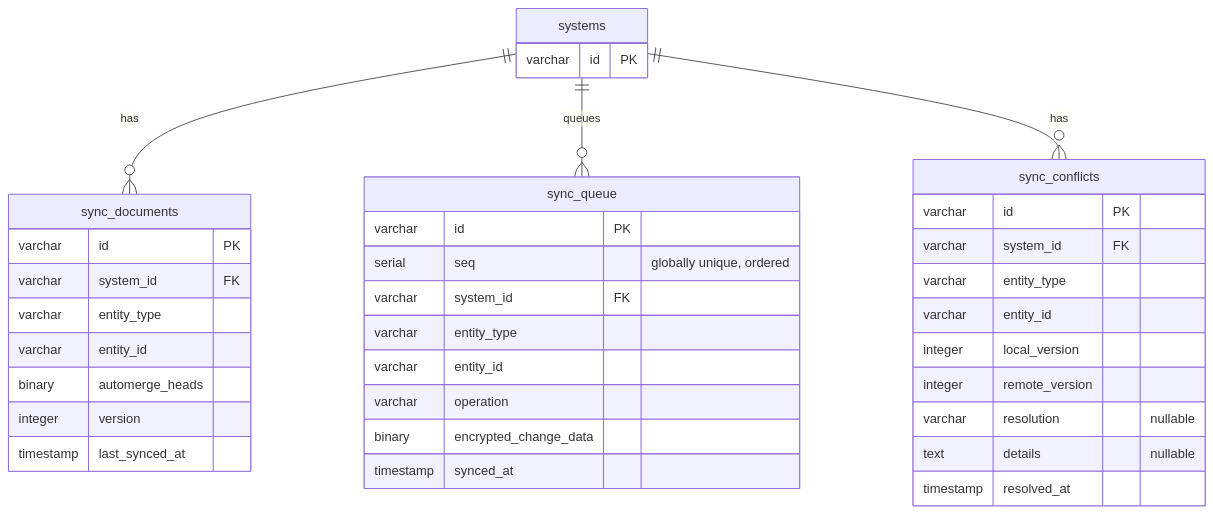
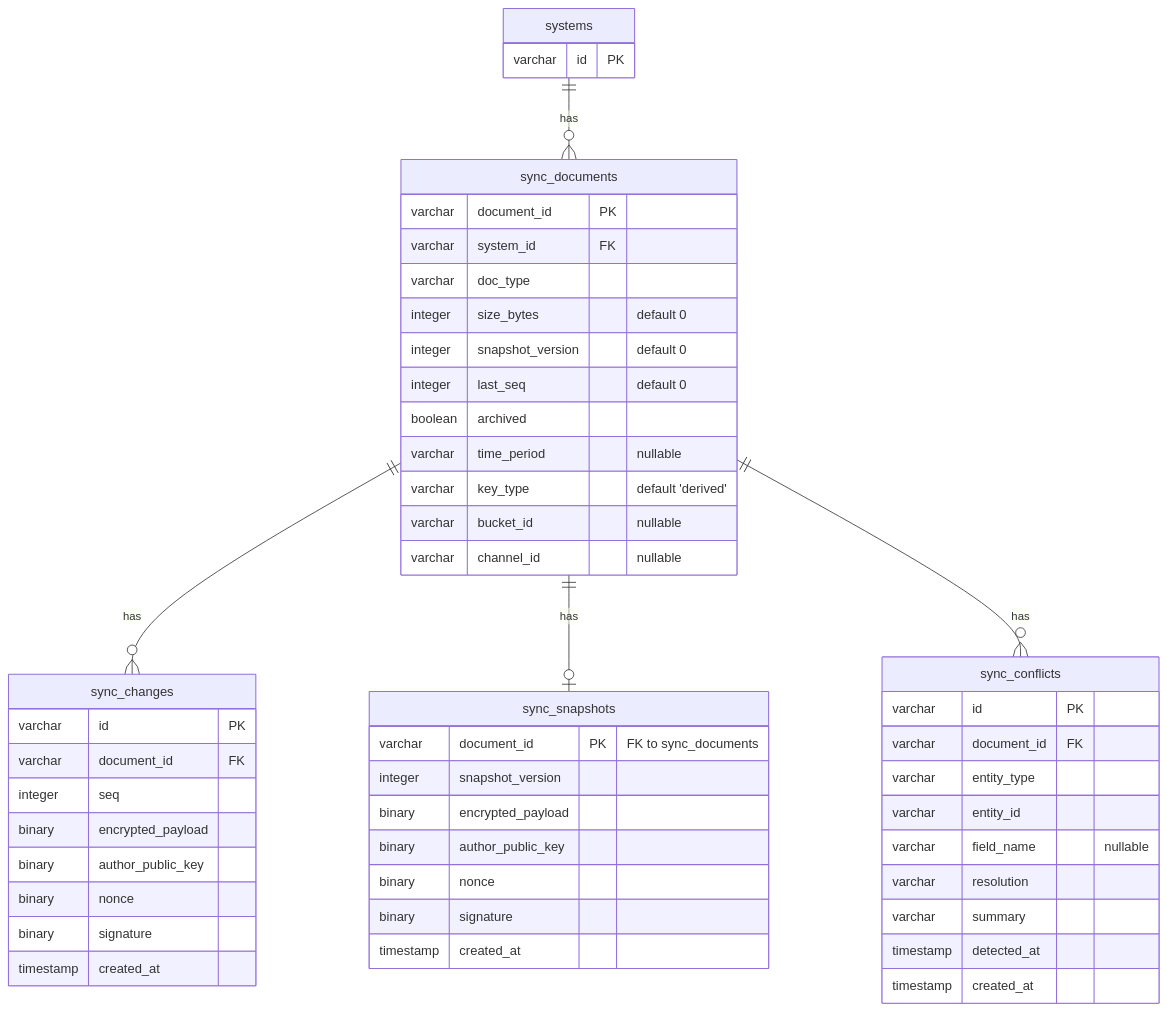
Diagram 14 of 22 in docs/database-schema.md (ThePrismSystem/pluralscape-mono), drawn with Mermaid before and after one commit. The commit also changed other lines of this file and 25 other files, not shown here.

````diff
--- a/docs/database-schema.md
+++ b/docs/database-schema.md
@@ -754,43 +764,58 @@
 ```mermaid
 erDiagram
     systems {
         varchar id PK
     }
 
     sync_documents {
-        varchar id PK
+        varchar document_id PK
         varchar system_id FK
-        varchar entity_type
-        varchar entity_id
-        binary automerge_heads
-        integer version
-        timestamp last_synced_at
+        varchar doc_type
+        integer size_bytes "default 0"
+        integer snapshot_version "default 0"
+        integer last_seq "default 0"
+        boolean archived
+        varchar time_period "nullable"
+        varchar key_type "default 'derived'"
+        varchar bucket_id "nullable"
+        varchar channel_id "nullable"
     }
 
-    sync_queue {
+    sync_changes {
         varchar id PK
-        serial seq "globally unique, ordered"
-        varchar system_id FK
-        varchar entity_type
-        varchar entity_id
-        varchar operation
-        binary encrypted_change_data
-        timestamp synced_at
+        varchar document_id FK
+        integer seq
+        binary encrypted_payload
+        binary author_public_key
+        binary nonce
+        binary signature
+        timestamp created_at
+    }
+
+    sync_snapshots {
+        varchar document_id PK "FK to sync_documents"
+        integer snapshot_version
+        binary encrypted_payload
+        binary author_public_key
+        binary nonce
+        binary signature
+        timestamp created_at
     }
 
     sync_conflicts {
         varchar id PK
-        varchar system_id FK
+        varchar document_id FK
         varchar entity_type
         varchar entity_id
-        integer local_version
-        integer remote_version
-        varchar resolution "nullable"
-        text details "nullable"
-        timestamp resolved_at
+        varchar field_name "nullable"
+        varchar resolution
+        varchar summary
+        timestamp detected_at
+        timestamp created_at
     }
 
     systems ||--o{ sync_documents : "has"
-    systems ||--o{ sync_queue : "queues"
-    systems ||--o{ sync_conflicts : "has"
+    sync_documents ||--o{ sync_changes : "has"
+    sync_documents ||--o| sync_snapshots : "has"
+    sync_documents ||--o{ sync_conflicts : "has"
 ```
````
